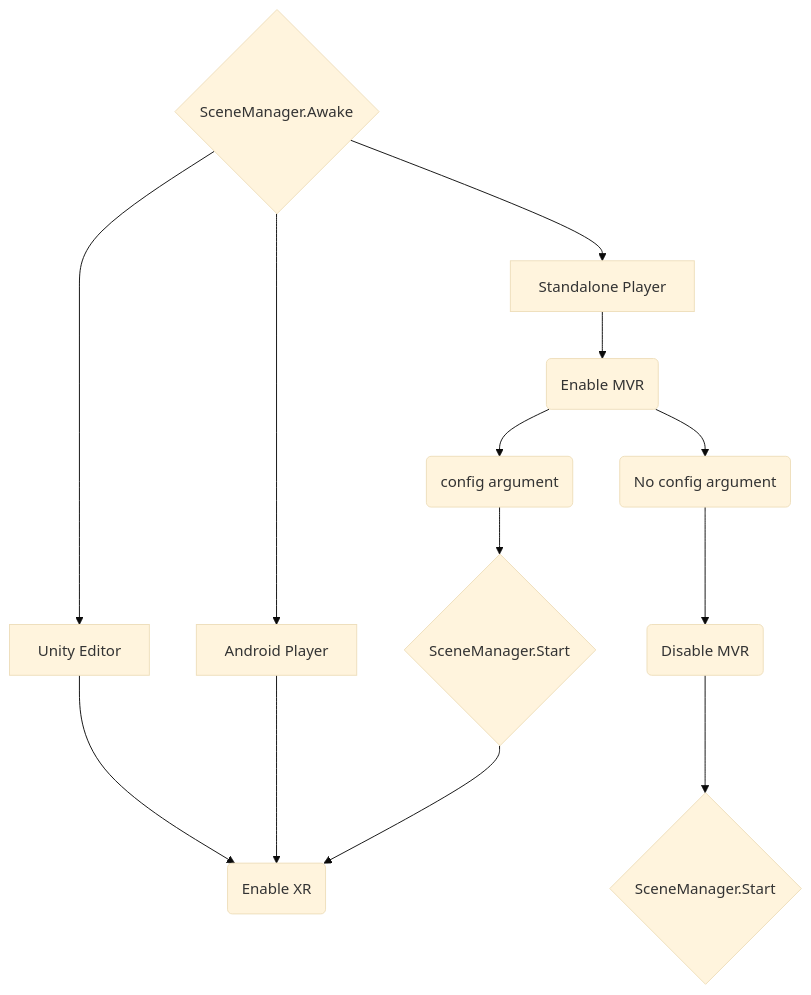
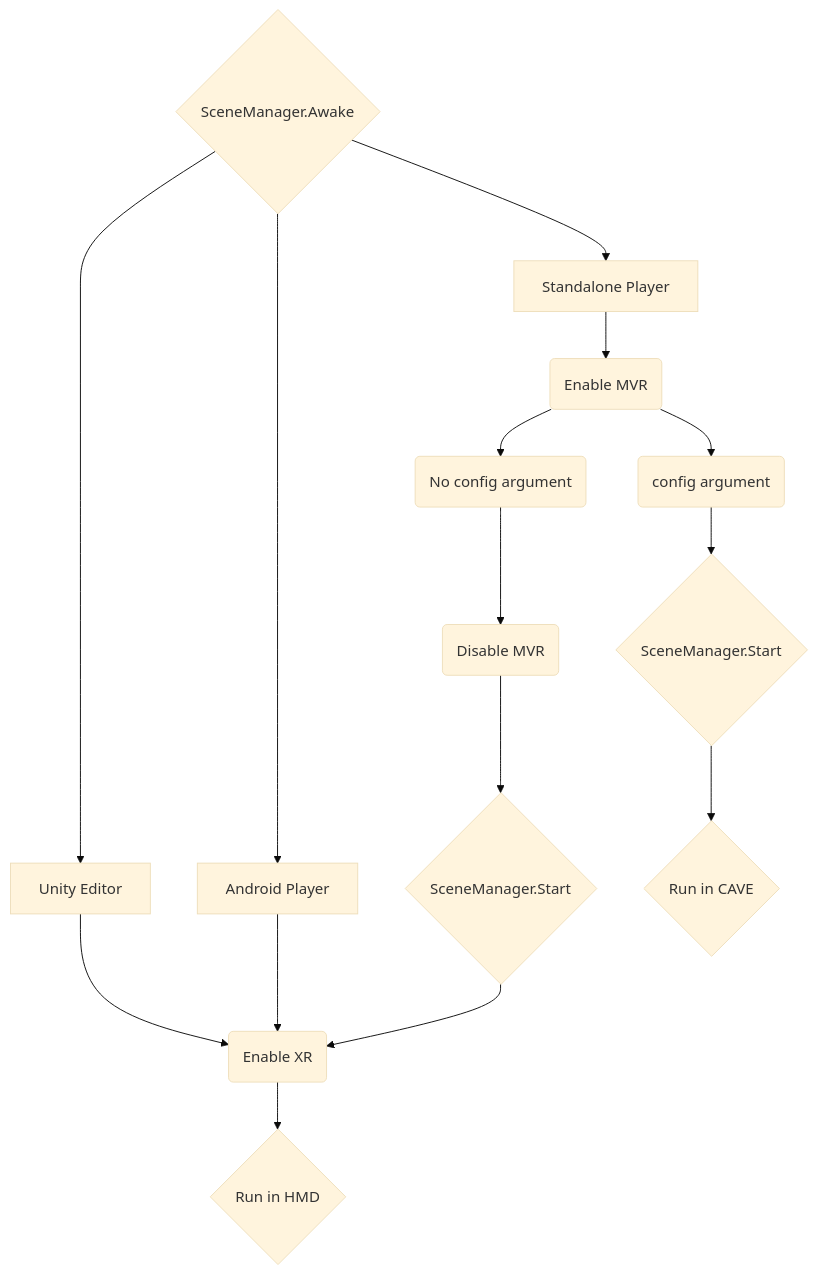
One commit to brown-ccv/w3d-translator changed the diagram in docs/Writing3D.md. Above: the diagram before and after it, drawn with Mermaid (base theme).

````diff
--- a/docs/Writing3D.md
+++ b/docs/Writing3D.md
@@ -39,16 +39,18 @@
 ```mermaid
 graph TD;
     awake{SceneManager.Awake}-->unityEditor[Unity Editor]
     awake{SceneManager.Awake}-->standalonePlayer[Standalone Player]
     awake{SceneManager.Awake}-->androidPlayer[Android Player]
     unityEditor[Unity Editor]-->xr(Enable XR)
     androidPlayer[Android Player]-->xr(Enable XR)
 
     standalonePlayer[Standalone Player]-->mvr(Enable MVR)
     mvr(Enable MVR)-->config(config argument)
     mvr(Enable MVR)-->noconfig(No config argument)
     noconfig(No config argument)-->nomvr(Disable MVR)
-    config(config argument)-->start{SceneManager.Start}
-    nomvr(Disable MVR)-->start2{SceneManager.Start}
+    nomvr(Disable MVR)-->start{SceneManager.Start}
     start{SceneManager.Start}-->xr(Enable XR)
+    config(config argument)-->start2{SceneManager.Start}
+    start2{SceneManager.Start}-->cave{Run in CAVE}
+    xr(Enable XR)-->hmd{Run in HMD}
 ```
````
